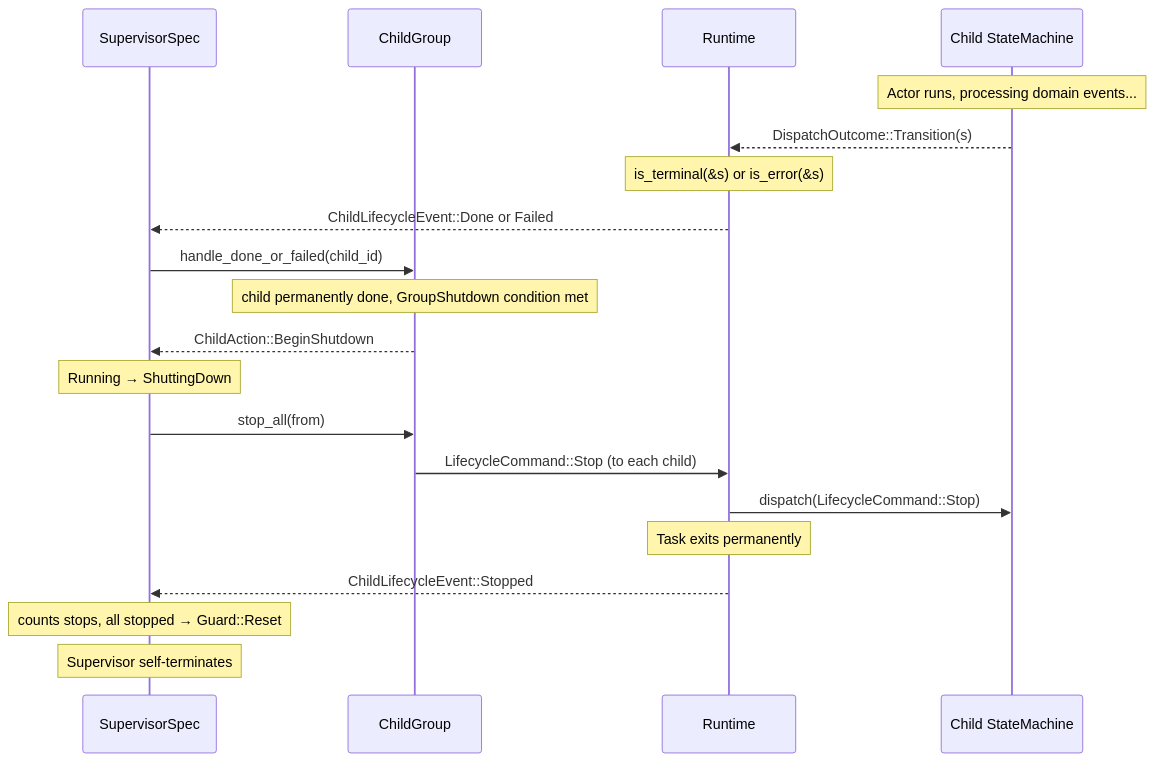
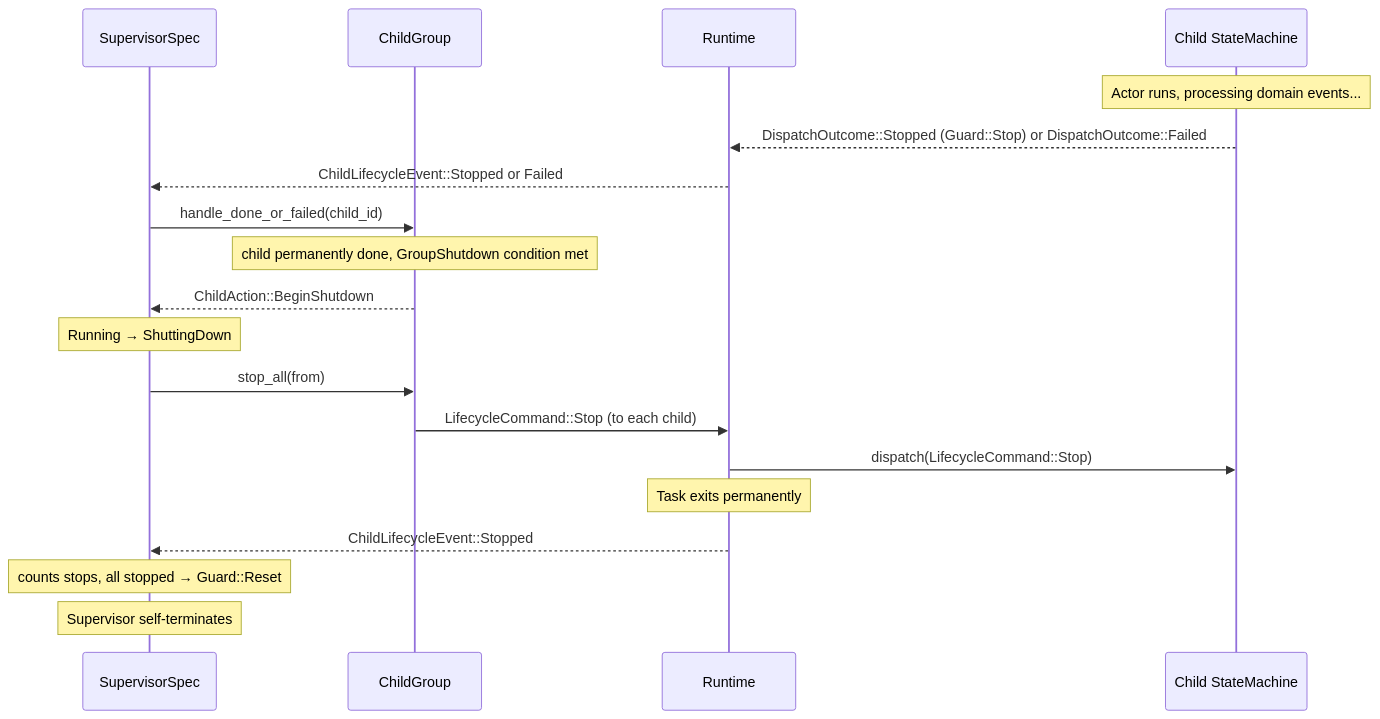
The third of 3 diagrams in spec/architecture/08-supervision.md (bloxide-com/bloxide), drawn with Mermaid before and after one commit. The commit also changed other lines of this file and 10 other files, not shown here.

````diff
--- a/spec/architecture/08-supervision.md
+++ b/spec/architecture/08-supervision.md
@@ -458,24 +428,23 @@
 ```mermaid
 sequenceDiagram
     participant Sup as SupervisorSpec
     participant CG as ChildGroup
     participant RT as Runtime
     participant M as Child StateMachine
 
     Note over M: Actor runs, processing domain events...
 
-    M-->>RT: DispatchOutcome::Transition(s)
-    Note over RT: is_terminal(&s) or is_error(&s)
-    RT-->>Sup: ChildLifecycleEvent::Done or Failed
+    M-->>RT: DispatchOutcome::Stopped (Guard::Stop) or DispatchOutcome::Failed
+    RT-->>Sup: ChildLifecycleEvent::Stopped or Failed
     Sup->>CG: handle_done_or_failed(child_id)
     Note over CG: child permanently done, GroupShutdown condition met
     CG-->>Sup: ChildAction::BeginShutdown
     Note over Sup: Running → ShuttingDown
     Sup->>CG: stop_all(from)
     CG->>RT: LifecycleCommand::Stop (to each child)
     RT->>M: dispatch(LifecycleCommand::Stop)
     Note over RT: Task exits permanently
     RT-->>Sup: ChildLifecycleEvent::Stopped
     Note over Sup: counts stops, all stopped → Guard::Reset
     Note over Sup: Supervisor self-terminates
 ```
````
